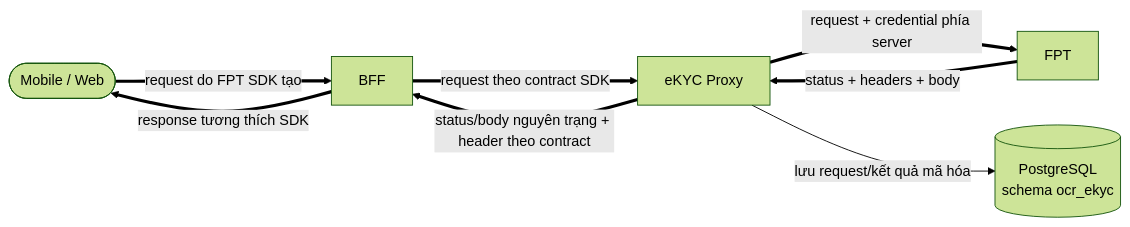
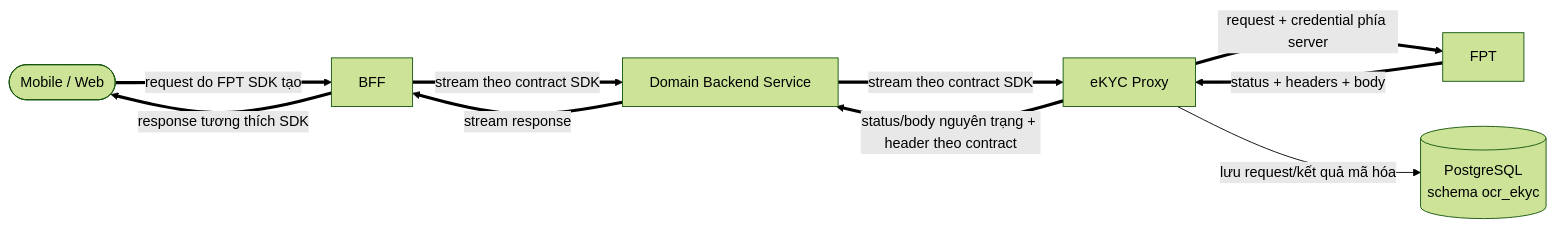
Before and after one commit to huynv-xyz/vhm: the seventh of 12 diagrams in tdd-ocr-ekyc.md, drawn with Mermaid (forest theme). The commit also changed other lines of this file, not shown here.

````diff
--- a/tdd-ocr-ekyc.md
+++ b/tdd-ocr-ekyc.md
@@ -895,16 +895,19 @@
 ```mermaid
 flowchart LR
     CHANNEL([Mobile / Web])
     BFF[BFF]
+    DOMAIN[Domain Backend Service]
     SERVICE[eKYC Proxy]
     FPT[FPT]
     DB[(PostgreSQL<br/>schema ocr_ekyc)]
 
     CHANNEL ==>|request do FPT SDK tạo| BFF
-    BFF ==>|request theo contract SDK| SERVICE
+    BFF ==>|stream theo contract SDK| DOMAIN
+    DOMAIN ==>|stream theo contract SDK| SERVICE
     SERVICE ==>|request + credential phía server| FPT
     FPT ==>|status + headers + body| SERVICE
     SERVICE -->|lưu request/kết quả mã hóa| DB
-    SERVICE ==>|status/body nguyên trạng + header theo contract| BFF
+    SERVICE ==>|status/body nguyên trạng + header theo contract| DOMAIN
+    DOMAIN ==>|stream response| BFF
     BFF ==>|response tương thích SDK| CHANNEL
 ```
````
